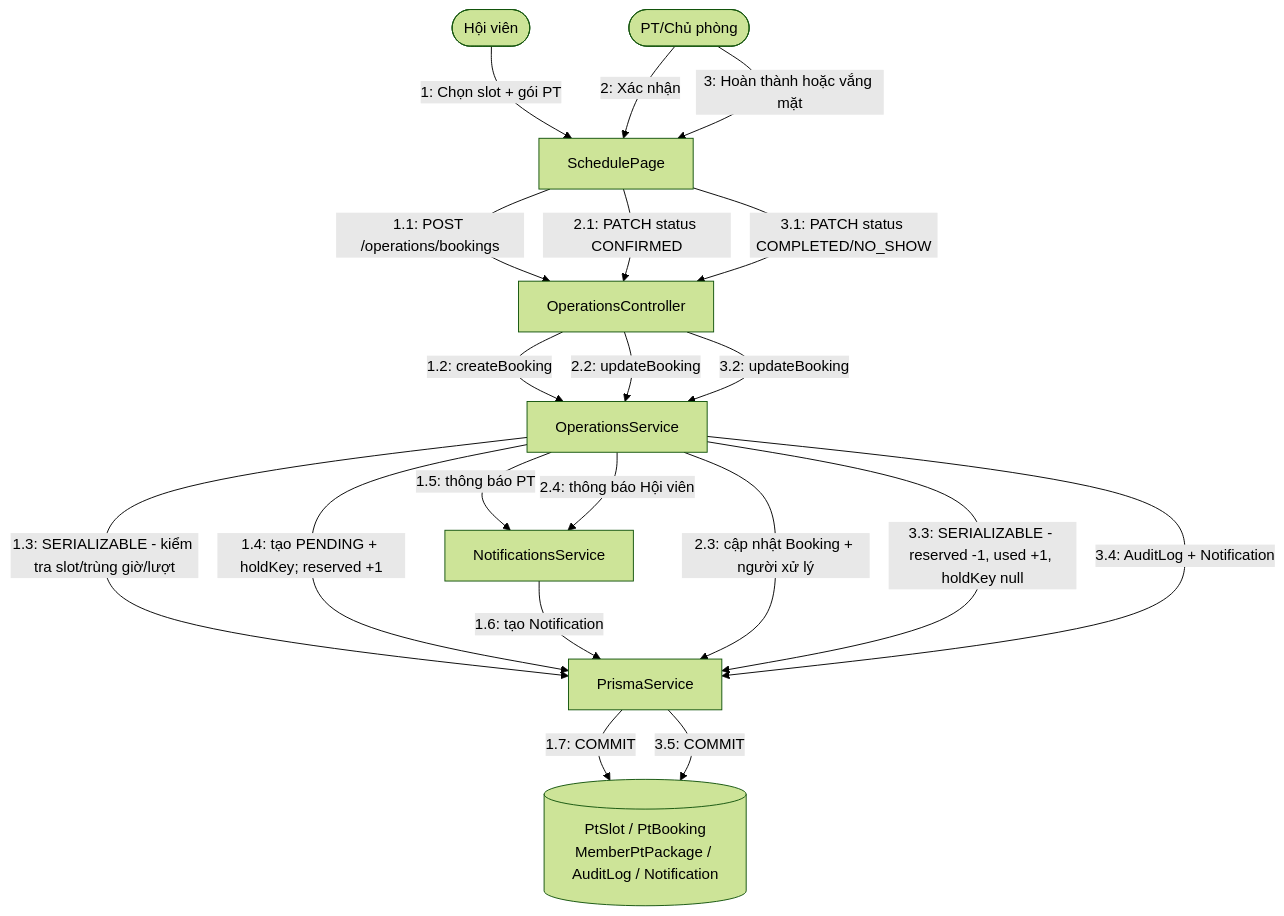
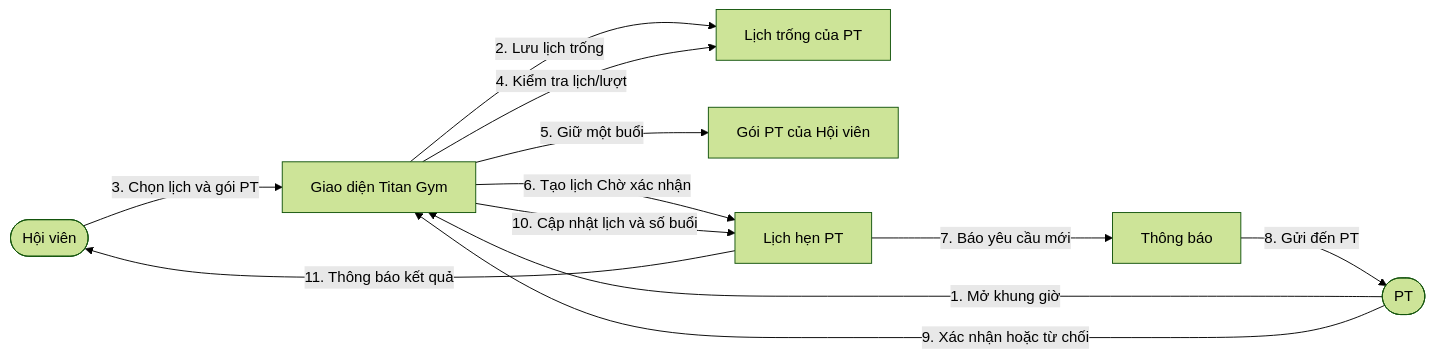
One commit to vhoanglong54/CNPM_GYM changed the second of 4 diagrams in docs/06-UML-Diagrams/Collaboration.md. Above: the diagram before and after it, drawn with Mermaid (forest theme). The commit also changed other lines of this file and 1 other file, not shown here.

Commit message:
docs(uml): simplify workflow diagrams

````diff
--- a/docs/06-UML-Diagrams/Collaboration.md
+++ b/docs/06-UML-Diagrams/Collaboration.md
@@ -80,33 +33,22 @@
 ```mermaid
-flowchart TB
-  Member([Hội viên])
-  Trainer([PT/Chủ phòng])
-  Schedule[SchedulePage]
-  OC[OperationsController]
-  OS[OperationsService]
-  NS[NotificationsService]
-  Prisma[PrismaService]
-  DB[(PtSlot / PtBooking<br/>MemberPtPackage / AuditLog / Notification)]
+flowchart LR
+  M([Hội viên])
+  T([PT])
+  UI[Giao diện Titan Gym]
+  SLOT[Lịch trống của PT]
+  PACKAGE[Gói PT của Hội viên]
+  BOOKING[Lịch hẹn PT]
+  NOTICE[Thông báo]
 
-  Member -->|1: Chọn slot + gói PT| Schedule
-  Schedule -->|1.1: POST /operations/bookings| OC
-  OC -->|1.2: createBooking| OS
-  OS -->|1.3: SERIALIZABLE - kiểm tra slot/trùng giờ/lượt| Prisma
-  OS -->|1.4: tạo PENDING + holdKey; reserved +1| Prisma
-  OS -->|1.5: thông báo PT| NS
-  NS -->|1.6: tạo Notification| Prisma
-  Prisma -->|1.7: COMMIT| DB
-
-  Trainer -->|2: Xác nhận| Schedule
-  Schedule -->|2.1: PATCH status CONFIRMED| OC
-  OC -->|2.2: updateBooking| OS
-  OS -->|2.3: cập nhật Booking + người xử lý| Prisma
-  OS -->|2.4: thông báo Hội viên| NS
-
-  Trainer -->|3: Hoàn thành hoặc vắng mặt| Schedule
-  Schedule -->|3.1: PATCH status COMPLETED/NO_SHOW| OC
-  OC -->|3.2: updateBooking| OS
-  OS -->|3.3: SERIALIZABLE - reserved -1, used +1, holdKey null| Prisma
-  OS -->|3.4: AuditLog + Notification| Prisma
-  Prisma -->|3.5: COMMIT| DB
+  T -->|1. Mở khung giờ| UI
+  UI -->|2. Lưu lịch trống| SLOT
+  M -->|3. Chọn lịch và gói PT| UI
+  UI -->|4. Kiểm tra lịch/lượt| SLOT
+  UI -->|5. Giữ một buổi| PACKAGE
+  UI -->|6. Tạo lịch Chờ xác nhận| BOOKING
+  BOOKING -->|7. Báo yêu cầu mới| NOTICE
+  NOTICE -->|8. Gửi đến PT| T
+  T -->|9. Xác nhận hoặc từ chối| UI
+  UI -->|10. Cập nhật lịch và số buổi| BOOKING
+  BOOKING -->|11. Thông báo kết quả| M
 ```
````
